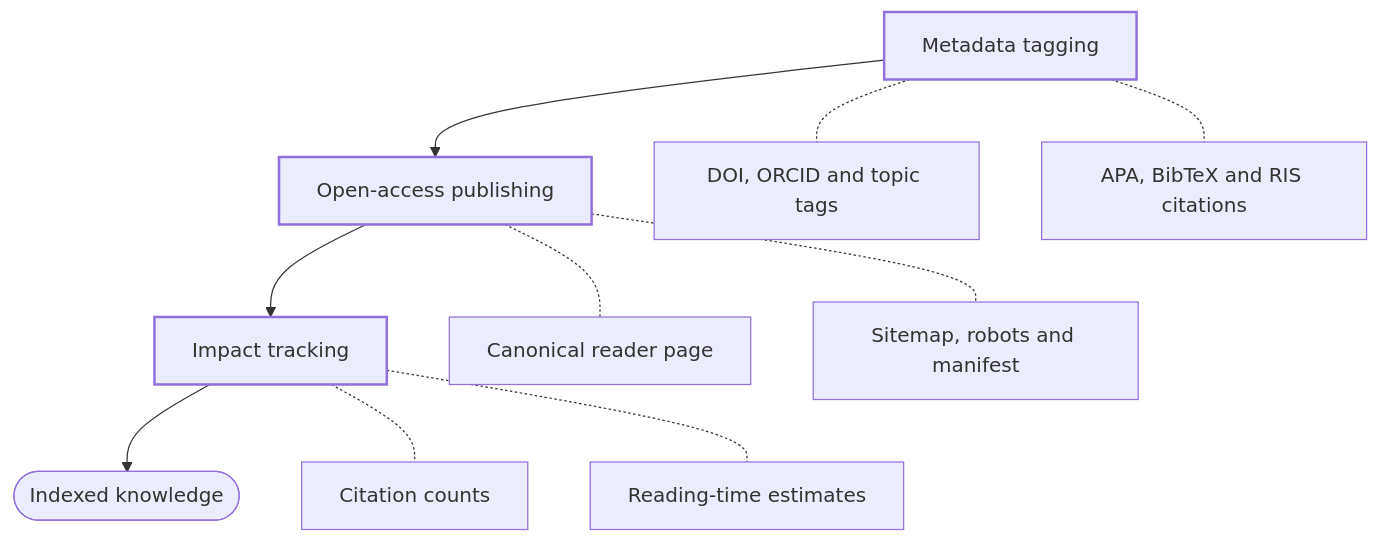
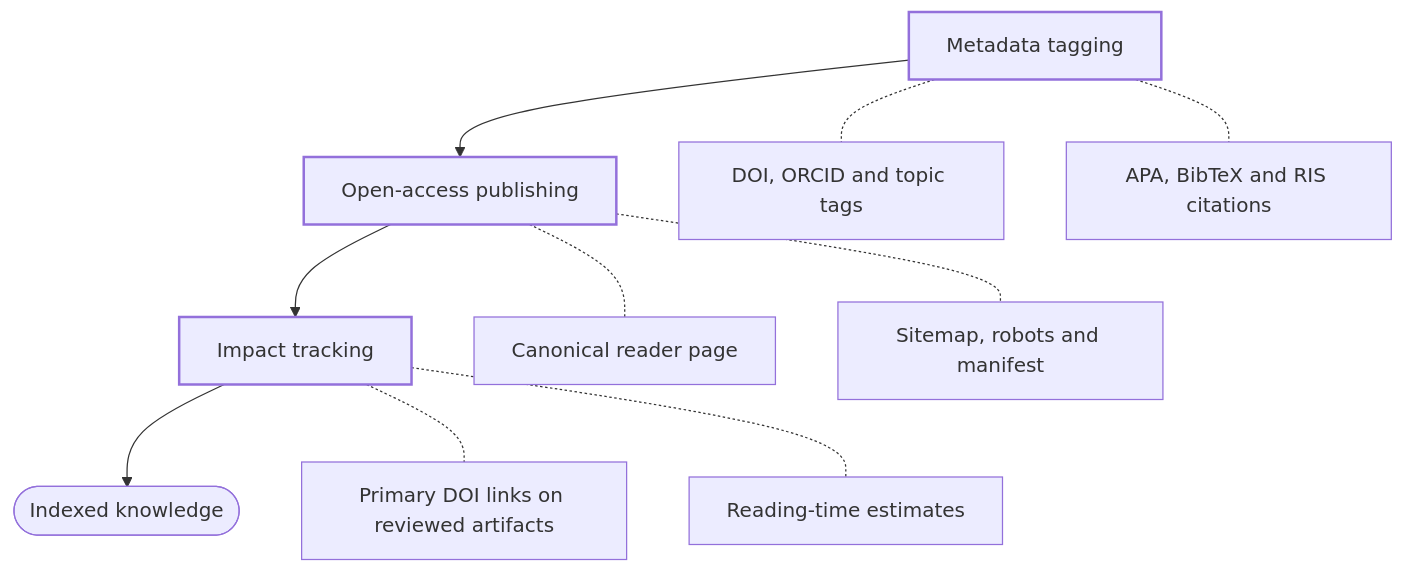
Before and after one commit to myself-aas/ResearchWithME: the fourth of 4 diagrams in docs/research-workflows.md, drawn with Mermaid. The commit also changed other lines of this file and 42 other files, not shown here.

````diff
--- a/docs/research-workflows.md
+++ b/docs/research-workflows.md
@@ -125,17 +125,17 @@
 ```mermaid
 flowchart TD
     publication_metadata["Metadata tagging"]
     publication_publish["Open-access publishing"]
     publication_impact["Impact tracking"]
     publication_outcome(["Indexed knowledge"])
     publication_metadata --> publication_publish --> publication_impact --> publication_outcome
     publication_metadata -.- metadata_ids["DOI, ORCID and topic tags"]
     publication_metadata -.- metadata_formats["APA, BibTeX and RIS citations"]
     publication_publish -.- publish_reader["Canonical reader page"]
     publication_publish -.- publish_crawl["Sitemap, robots and manifest"]
-    publication_impact -.- impact_citations["Citation counts"]
+    publication_impact -.- impact_citations["Primary DOI links on reviewed artifacts"]
     publication_impact -.- impact_reading["Reading-time estimates"]
     classDef stage stroke-width:2px;
     classDef planned stroke-dasharray: 5 5;
     class publication_metadata,publication_publish,publication_impact stage;
 ```
````
